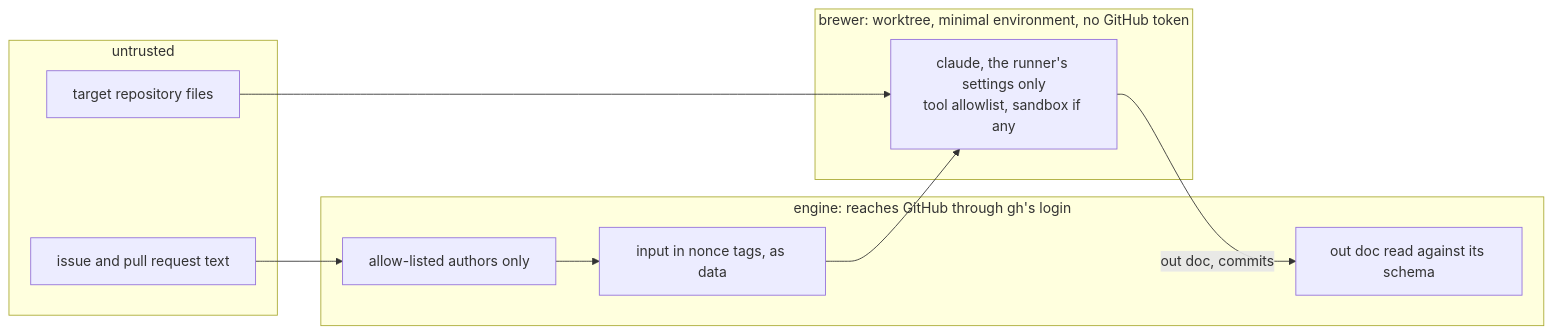
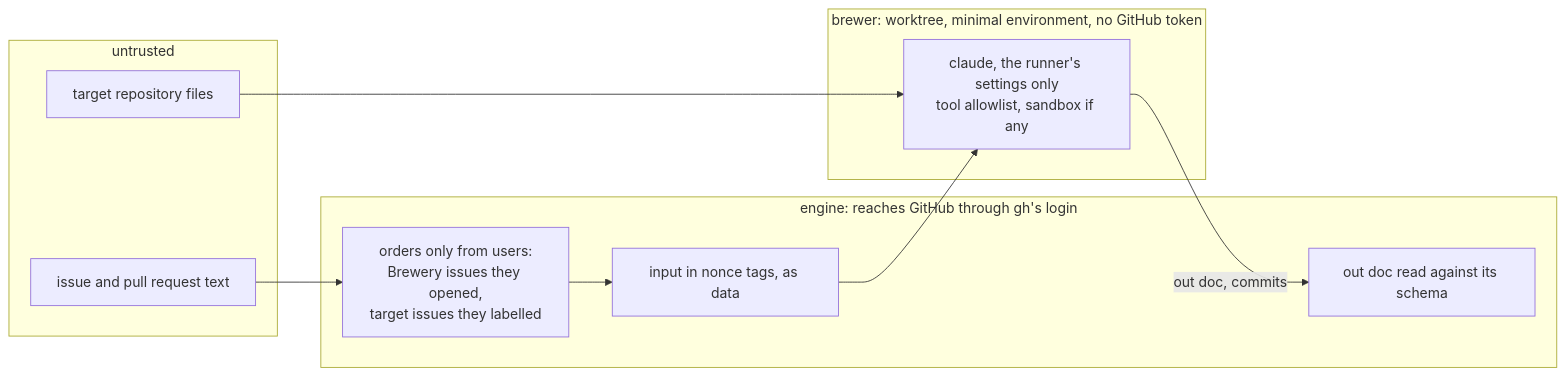
Before and after one commit to EdwinBekaert/foedrum: the diagram in docs/design/security.md, drawn with Mermaid. The commit also changed other lines of this file and 6 other files, not shown here.

Commit message:
ADR 0359: the intake takes an issue only when someone in users added its labels

````diff
--- a/docs/design/security.md
+++ b/docs/design/security.md
@@ -5,18 +5,18 @@
 ```mermaid
 flowchart LR
   subgraph U["untrusted"]
     IS["issue and pull request text"]
     RF["target repository files"]
   end
   subgraph E["engine: reaches GitHub through gh's login"]
-    AL["allow-listed authors only"] --> NT["input in nonce tags, as data"]
+    AL["orders only from users:<br/>Brewery issues they opened,<br/>target issues they labelled"] --> NT["input in nonce tags, as data"]
     OD["out doc read against its schema"]
   end
   subgraph B["brewer: worktree, minimal environment, no GitHub token"]
     CC["claude, the runner's settings only<br/>tool allowlist, sandbox if any"]
   end
   IS --> AL
   NT --> CC
   RF --> CC
   CC -->|"out doc, commits"| OD
 ```
````
